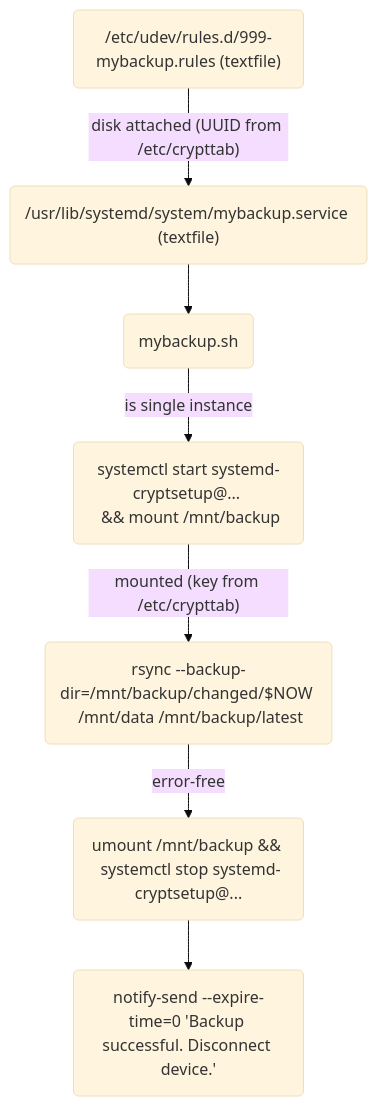
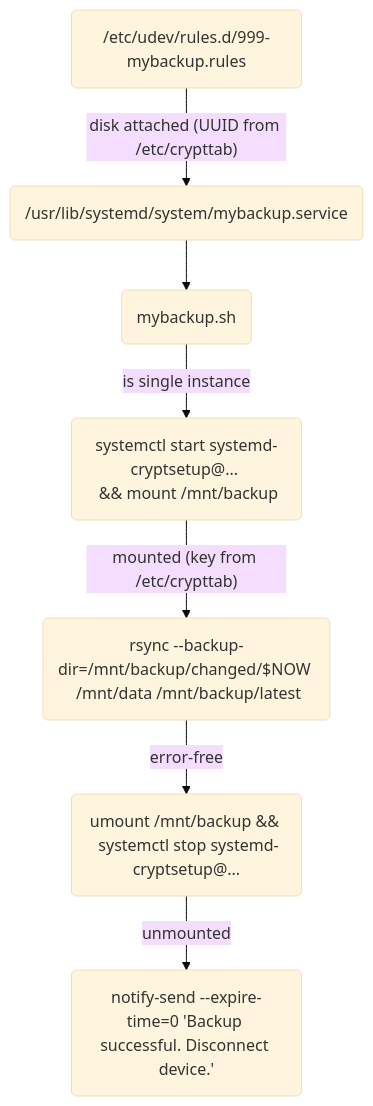
Before and after one commit to andre-st/dotfiles: the diagram in README.md, drawn with Mermaid (base theme).

````diff
--- a/README.md
+++ b/README.md
@@ -268,18 +268,18 @@
 ```mermaid
 flowchart TD
 
-	udev("/etc/udev/rules.d/999-mybackup.rules (textfile)")
-	service("/usr/lib/systemd/system/mybackup.service (textfile)")
+	udev("/etc/udev/rules.d/999-mybackup.rules")
+	service("/usr/lib/systemd/system/mybackup.service")
 	sh("mybackup.sh")
 	mount("systemctl start systemd-cryptsetup@... <br> && mount /mnt/backup")
 	umount("umount /mnt/backup && <br> systemctl stop systemd-cryptsetup@...")
 	rsync("rsync --backup-dir=/mnt/backup/changed/$NOW <br> /mnt/data /mnt/backup/latest")
 	notify("notify-send --expire-time=0 'Backup successful. Disconnect device.'")
 
 	udev-- "disk attached (UUID from /etc/crypttab)" -->service
 	service-->sh
 	sh-- "is single instance" -->mount
 	mount-- "mounted (key from /etc/crypttab)" -->rsync
 	rsync-- "error-free" -->umount
-	umount-->notify
+	umount-- "unmounted" -->notify
 ```
````
